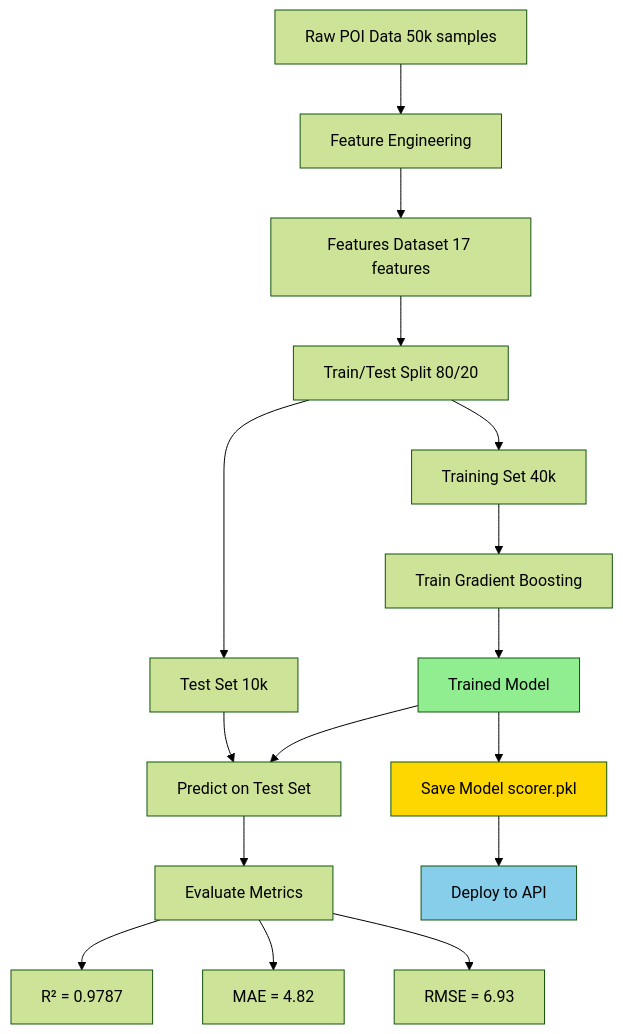
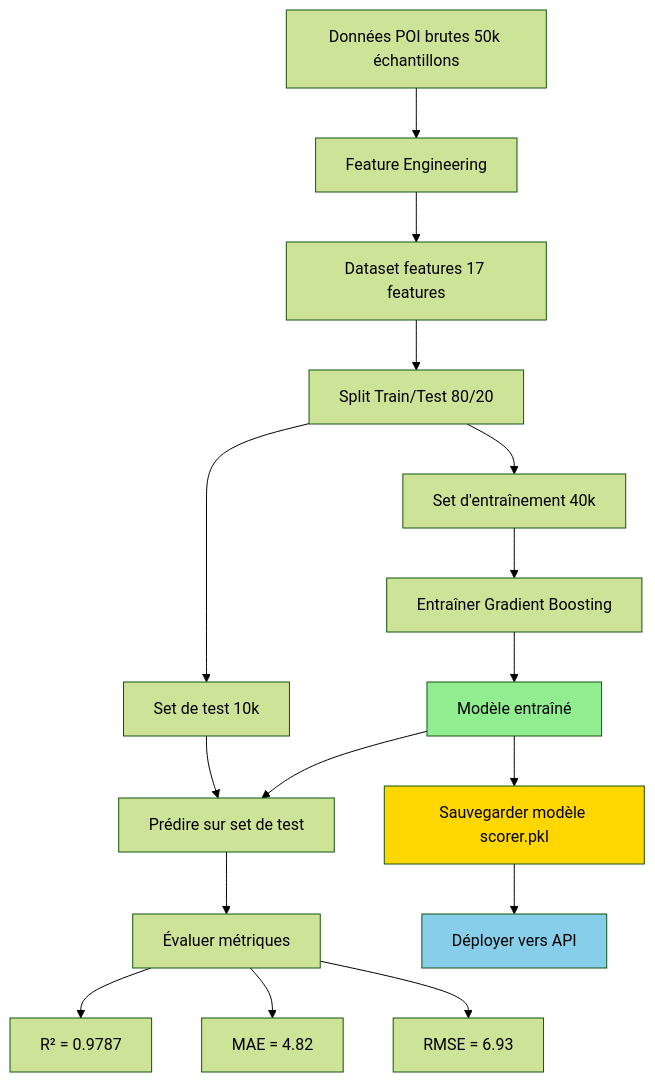
Before and after one commit to Aguern/alpine-guide-ML: the fourth of 4 diagrams in README.md, drawn with Mermaid (forest theme). The commit also changed other lines of this file, not shown here.

````diff
--- a/README.md
+++ b/README.md
@@ -446,26 +446,26 @@
 ```mermaid
 graph TD
-    A[Raw POI Data 50k samples] --> B[Feature Engineering]
-    B --> C[Features Dataset 17 features]
-    C --> D[Train/Test Split 80/20]
-    D --> E[Training Set 40k]
-    D --> F[Test Set 10k]
+    A[Données POI brutes 50k échantillons] --> B[Feature Engineering]
+    B --> C[Dataset features 17 features]
+    C --> D[Split Train/Test 80/20]
+    D --> E[Set d'entraînement 40k]
+    D --> F[Set de test 10k]
 
-    E --> G[Train Gradient Boosting]
-    G --> H[Trained Model]
+    E --> G[Entraîner Gradient Boosting]
+    G --> H[Modèle entraîné]
 
-    H --> I[Predict on Test Set]
+    H --> I[Prédire sur set de test]
     F --> I
 
-    I --> J[Evaluate Metrics]
+    I --> J[Évaluer métriques]
     J --> K[R² = 0.9787]
     J --> L[MAE = 4.82]
     J --> M[RMSE = 6.93]
 
-    H --> N[Save Model scorer.pkl]
-    N --> O[Deploy to API]
+    H --> N[Sauvegarder modèle scorer.pkl]
+    N --> O[Déployer vers API]
 
     style H fill:#90EE90
     style N fill:#FFD700
     style O fill:#87CEEB
 ```
````
